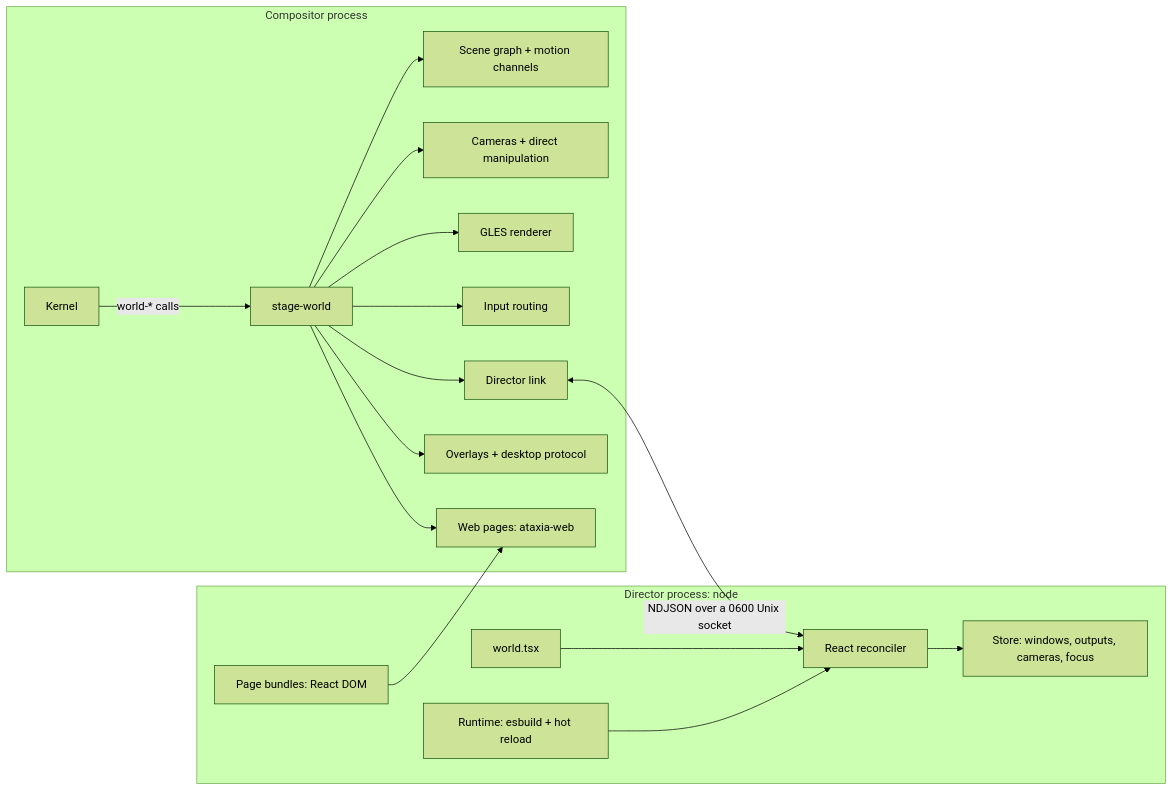
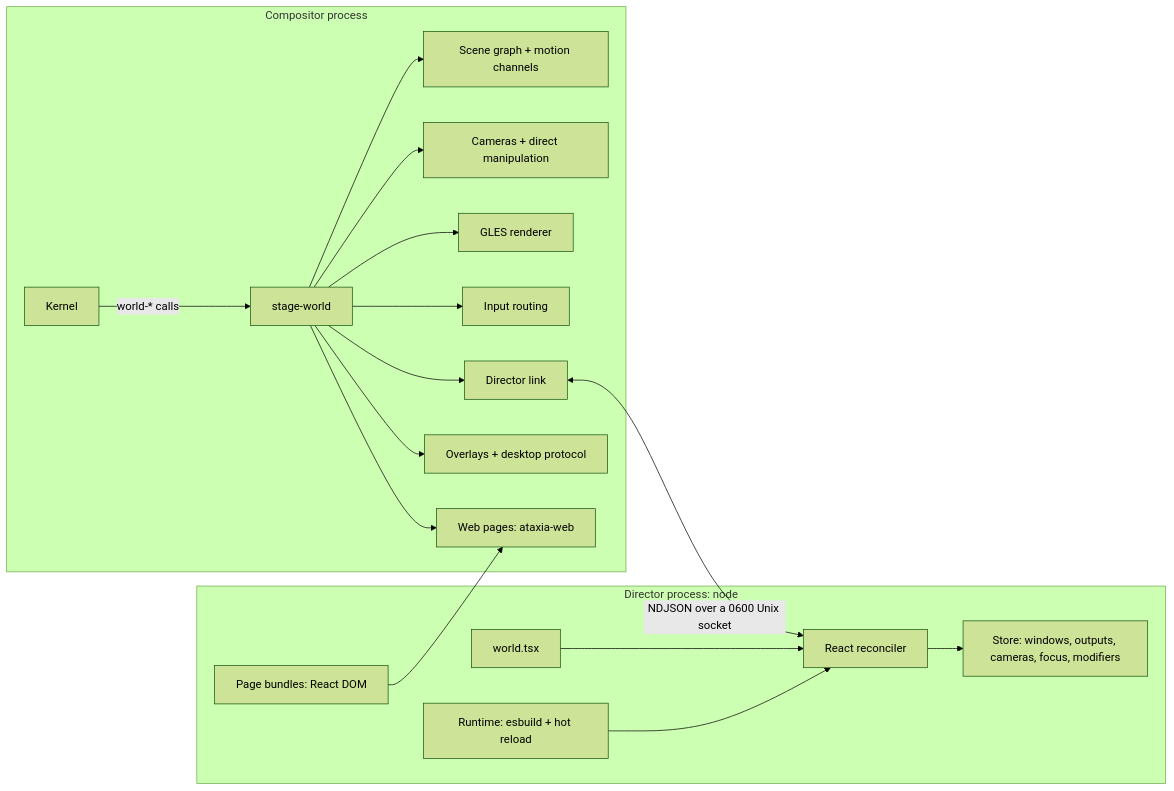
Before and after one commit to SeungheonOh/ataxia: the diagram in docs/STAGE-WORLD.md, drawn with Mermaid (forest theme). The commit also changed other lines of this file and 56 other files, not shown here.

````diff
--- a/docs/STAGE-WORLD.md
+++ b/docs/STAGE-WORLD.md
@@ -114,20 +114,20 @@
 ```mermaid
 flowchart LR
     subgraph C[Compositor process]
       K[Kernel] -->|world-* calls| W[stage-world]
       W --> S[Scene graph + motion channels]
       W --> CM[Cameras + direct manipulation]
       W --> R[GLES renderer]
       W --> I[Input routing]
       W --> L[Director link]
       W --> SV[Overlays + desktop protocol]
       W --> WB[Web pages: ataxia-web]
     end
     subgraph D[Director process: node]
       RT[Runtime: esbuild + hot reload] --> RC[React reconciler]
-      RC --> ST[Store: windows, outputs, cameras, focus]
+      RC --> ST[Store: windows, outputs, cameras, focus, modifiers]
       U[world.tsx] --> RC
       PB[Page bundles: React DOM] --> WB
     end
     L <-->|NDJSON over a 0600 Unix socket| RC
 ```
````
